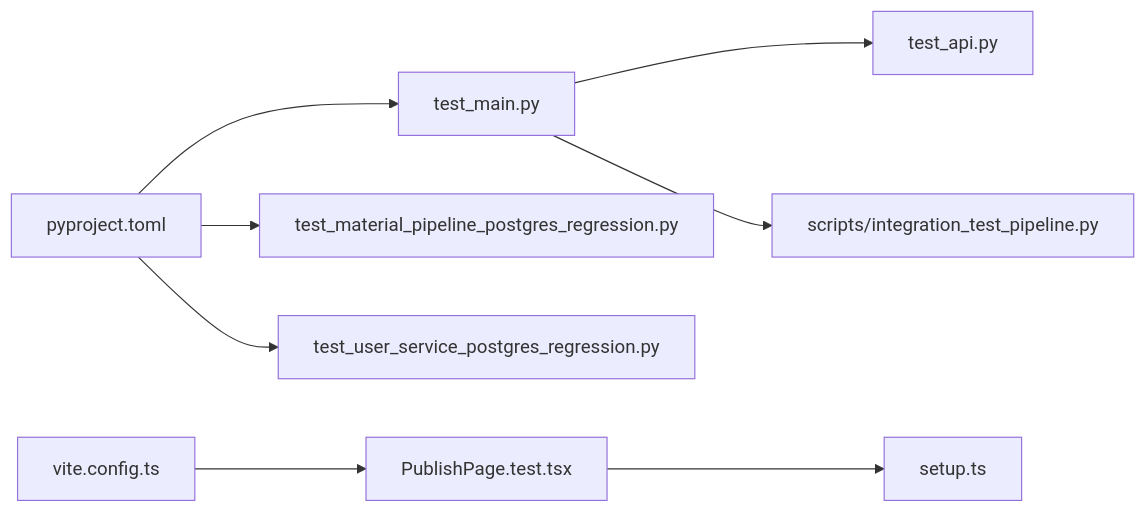
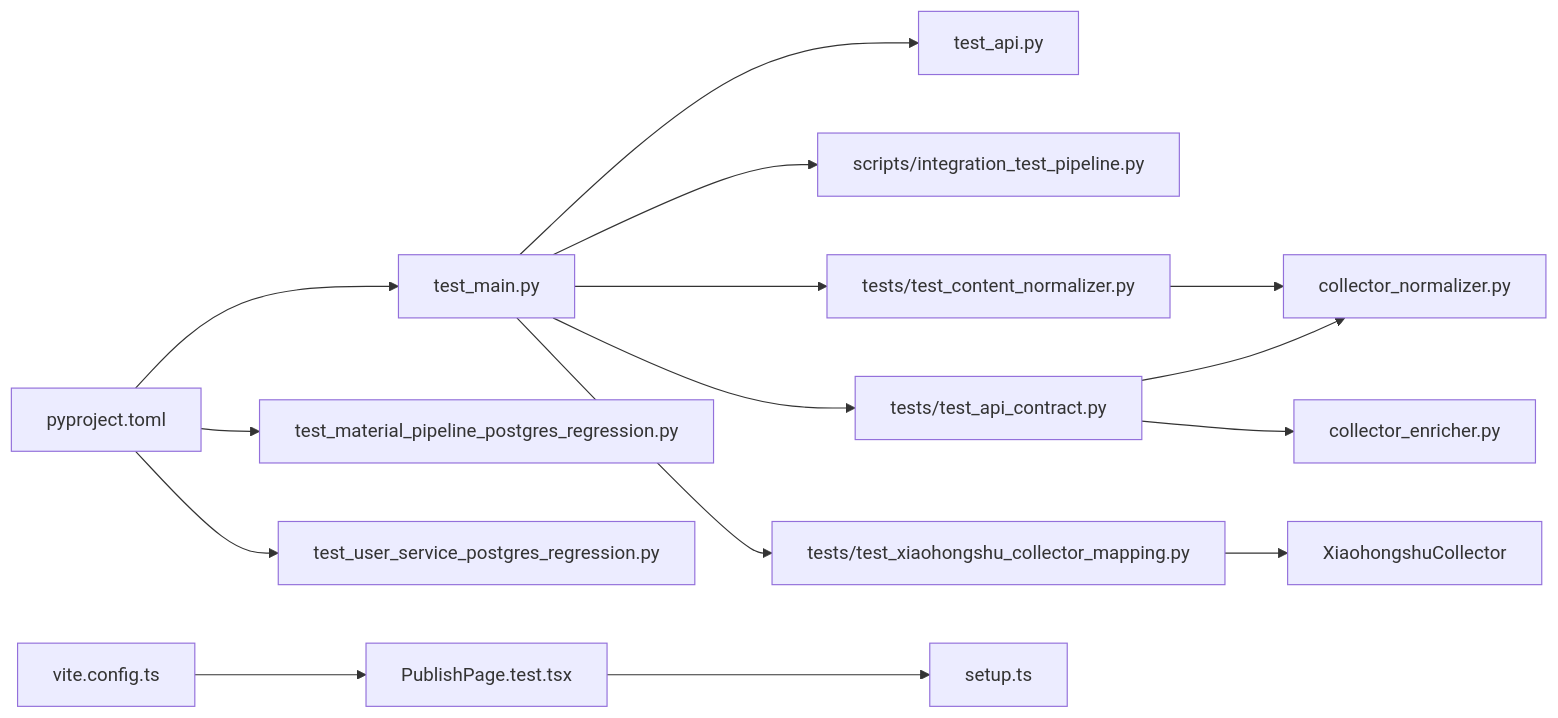
One commit to dream-ze/AI_huoke- changed the seventh of 7 diagrams in .qoder/repowiki/zh/content/开发指南/测试策略.md. Above: the diagram before and after it, drawn with Mermaid. The commit also changed other lines of this file and 52 other files, not shown here.

````diff
--- a/.qoder/repowiki/zh/content/开发指南/测试策略.md
+++ b/.qoder/repowiki/zh/content/开发指南/测试策略.md
@@ -277,10 +401,17 @@
 ```mermaid
 graph LR
 P["pyproject.toml"] --> T["test_main.py"]
 P --> R1["test_material_pipeline_postgres_regression.py"]
 P --> R2["test_user_service_postgres_regression.py"]
 T --> C["test_api.py"]
 T --> S["scripts/integration_test_pipeline.py"]
+T --> CT["tests/test_api_contract.py"]
+T --> CN["tests/test_content_normalizer.py"]
+T --> CM["tests/test_xiaohongshu_collector_mapping.py"]
+CT --> SN["collector_normalizer.py"]
+CT --> SE["collector_enricher.py"]
+CN --> SN
+CM --> XC["XiaohongshuCollector"]
 V["vite.config.ts"] --> FE["PublishPage.test.tsx"]
 FE --> ST["setup.ts"]
 ```
````
